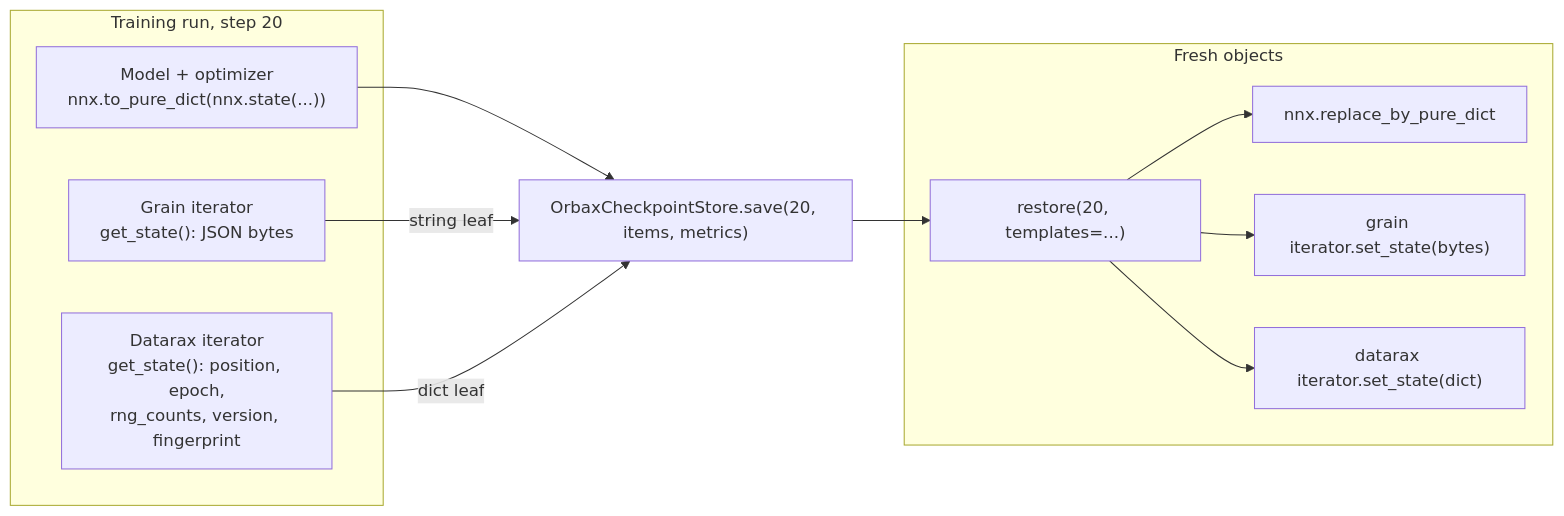
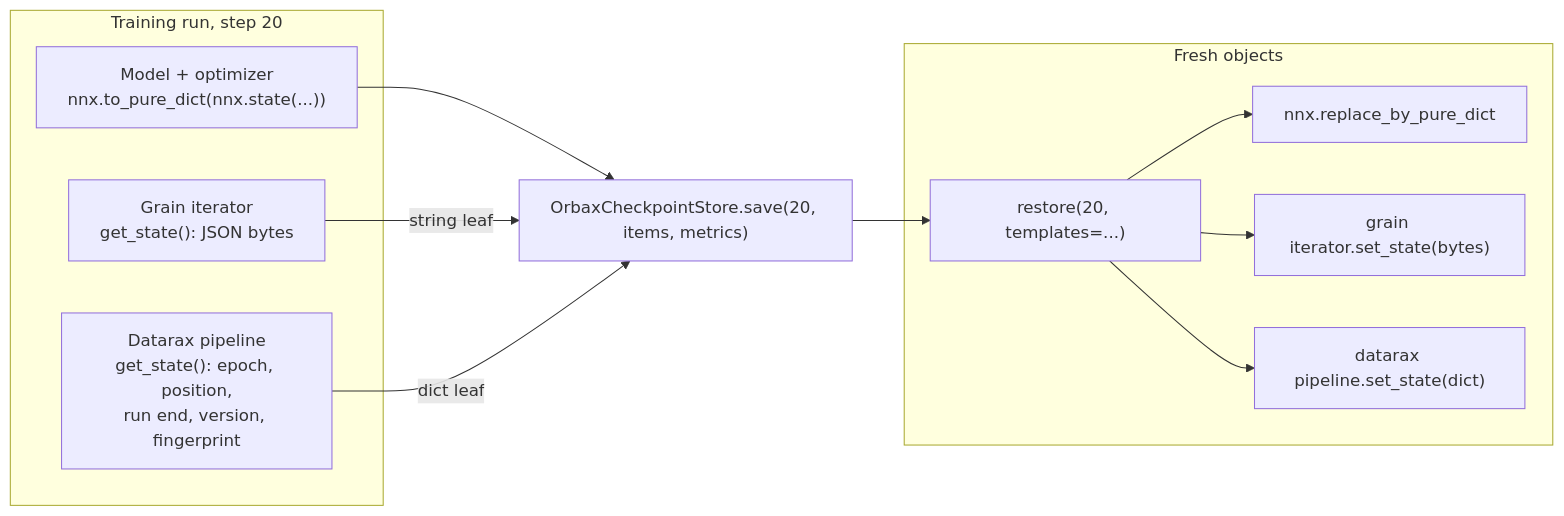
The diagram in docs/examples/comparison/resumed-training-guide.md (avitai/datarax), drawn with Mermaid before and after one commit. The commit also changed other lines of this file and 101 other files, not shown here.

````diff
--- a/docs/examples/comparison/resumed-training-guide.md
+++ b/docs/examples/comparison/resumed-training-guide.md
@@ -390,25 +360,25 @@
 ```mermaid
 flowchart LR
     subgraph Run["Training run, step 20"]
         M["Model + optimizer<br/>nnx.to_pure_dict(nnx.state(...))"]
         GL["Grain iterator<br/>get_state(): JSON bytes"]
-        DL["Datarax iterator<br/>get_state(): position, epoch,<br/>rng_counts, version, fingerprint"]
+        DL["Datarax pipeline<br/>get_state(): epoch, position,<br/>run end, version, fingerprint"]
     end
 
     S["OrbaxCheckpointStore.save(20, items, metrics)"]
     M --> S
     GL -->|"string leaf"| S
     DL -->|"dict leaf"| S
 
     subgraph Resume["Fresh objects"]
         R["restore(20, templates=...)"]
         RM["nnx.replace_by_pure_dict"]
         RG["grain iterator.set_state(bytes)"]
-        RD["datarax iterator.set_state(dict)"]
+        RD["datarax pipeline.set_state(dict)"]
         R --> RM
         R --> RG
         R --> RD
     end
 
     S --> R
 ```
````
